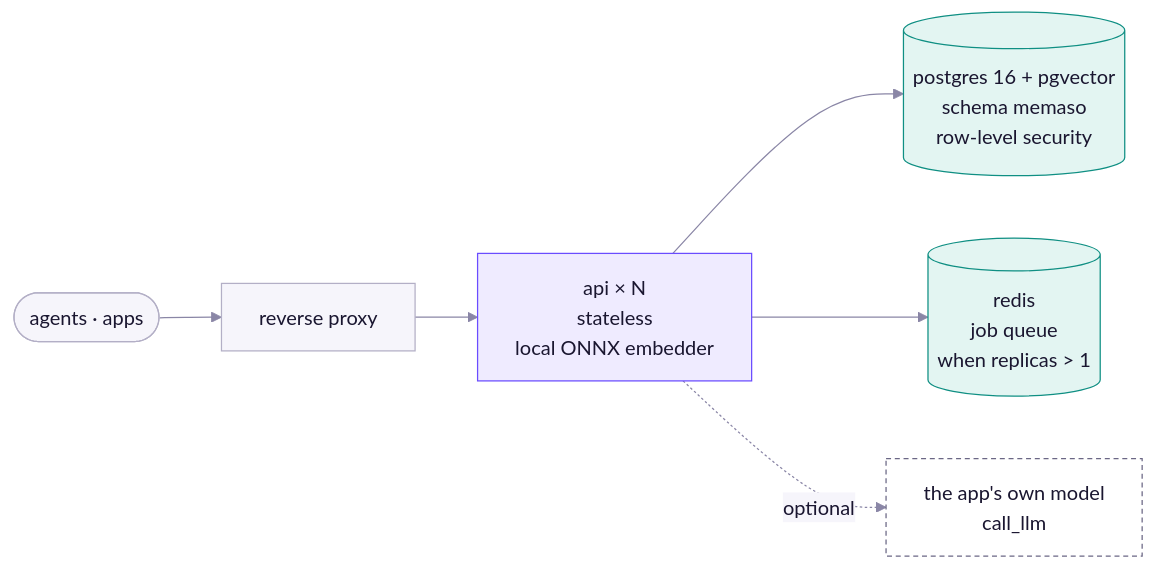
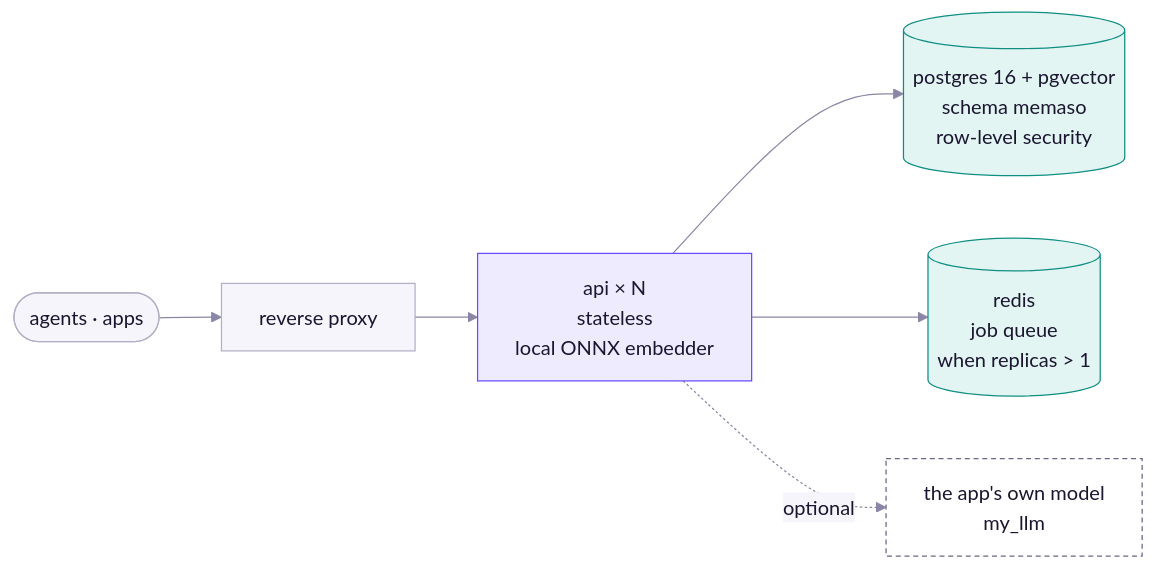
One commit to prathameshvenxr/memaso changed the sixth of 7 diagrams in README.md. Above: the diagram before and after it, drawn with Mermaid. The commit also changed other lines of this file and 11 other files, not shown here.

````diff
--- a/README.md
+++ b/README.md
@@ -255,17 +255,17 @@
 ```mermaid
 %%{init: {"theme":"base","themeVariables":{"primaryColor":"#EFEBFF","primaryBorderColor":"#6A4CFF","primaryTextColor":"#1A1630","secondaryColor":"#E3F5F2","tertiaryColor":"#F6F5FB","lineColor":"#8A86A6","clusterBkg":"#F6F5FB","clusterBorder":"#B3AFC6","titleColor":"#1A1630","edgeLabelBackground":"#F6F5FB","actorBkg":"#EFEBFF","actorBorder":"#6A4CFF","actorTextColor":"#1A1630","actorLineColor":"#8A86A6","signalColor":"#8A86A6","signalTextColor":"#8A86A6","labelBoxBkgColor":"#EFEBFF","labelBoxBorderColor":"#6A4CFF","labelTextColor":"#1A1630","loopTextColor":"#8A86A6","noteBkgColor":"#FFE9F1","noteBorderColor":"#F0397A","noteTextColor":"#1A1630","sequenceNumberColor":"#FFFFFF"}}}%%
 flowchart LR
   USER(["agents · apps"]) --> PROXY["reverse proxy"]
   PROXY --> API["api × N<br/>stateless<br/>local ONNX embedder"]
   API --> PG[("postgres 16 + pgvector<br/>schema memaso<br/>row-level security")]
   API --> REDIS[("redis<br/>job queue<br/>when replicas > 1")]
-  API -. "optional" .-> HOST["the app's own model<br/>call_llm"]
+  API -. "optional" .-> HOST["the app's own model<br/>my_llm"]
   classDef verb fill:#E3F5F2,stroke:#0F8F83,color:#1A1630
   classDef fact fill:#EFEBFF,stroke:#6A4CFF,color:#1A1630
   classDef port fill:#FFFFFF,stroke:#6B6785,stroke-dasharray:4 3,color:#1A1630
   classDef plain fill:#F6F5FB,stroke:#B3AFC6,color:#1A1630
   class API fact
   class REDIS,PG verb
   class HOST port
   class PROXY,USER plain
 ```
````
